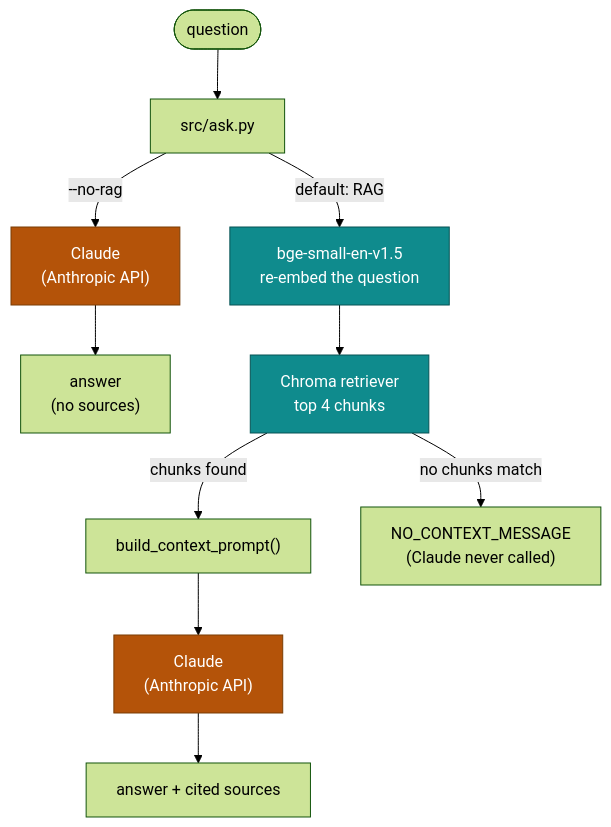
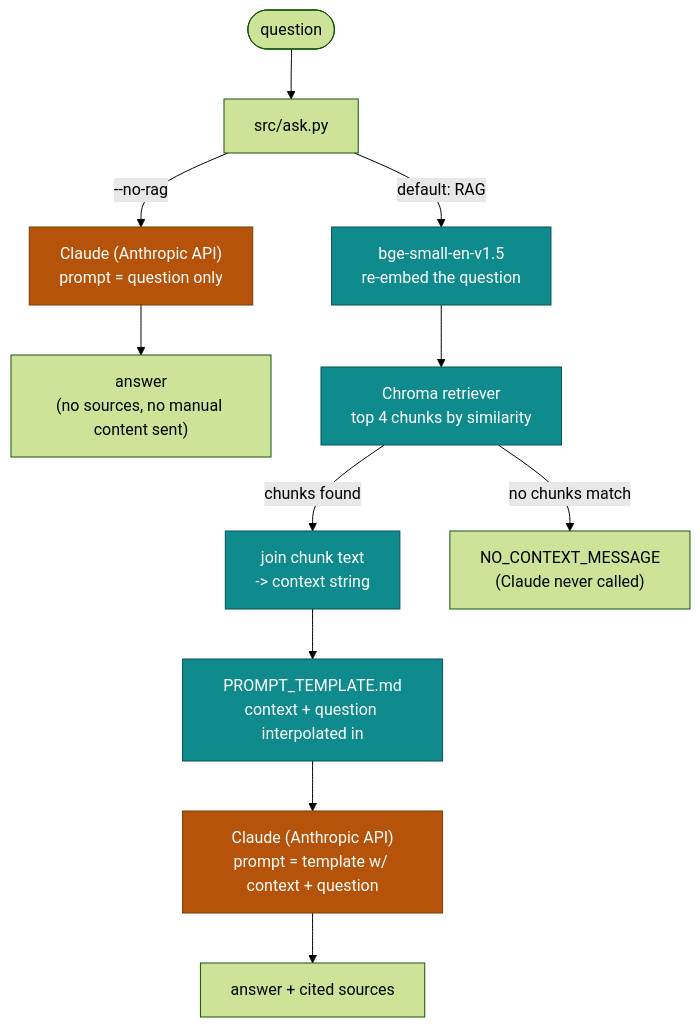
One commit to gorz-0815/rag-tfm changed the second of 2 diagrams in docs/architecture.md. Above: the diagram before and after it, drawn with Mermaid (forest theme). The commit also changed other lines of this file and 4 other files, not shown here.

First line of the commit message:
Address PR #7 review comments: prompt to root-level md, arch doc detail, drop sample-manual test module

````diff
--- a/docs/architecture.md
+++ b/docs/architecture.md
@@ -37,19 +40,22 @@
 ```mermaid
 flowchart TD
     Q(["question"]) --> CLI["src/ask.py"]
 
-    CLI -->|"--no-rag"| NR["Claude\n(Anthropic API)"]
-    NR --> A1["answer\n(no sources)"]
+    CLI -->|"--no-rag"| NR["Claude (Anthropic API)\nprompt = question only"]
+    NR --> A1["answer\n(no sources, no manual content sent)"]
 
     CLI -->|"default: RAG"| EMB["bge-small-en-v1.5\nre-embed the question"]
-    EMB --> RET["Chroma retriever\ntop 4 chunks"]
-    RET -->|chunks found| CTX["build_context_prompt()"]
+    EMB --> RET["Chroma retriever\ntop 4 chunks by similarity"]
+    RET -->|chunks found| JOIN["join chunk text\n-> context string"]
+    JOIN --> CTX["PROMPT_TEMPLATE.md\ncontext + question interpolated in"]
     RET -->|"no chunks match"| NOCTX["NO_CONTEXT_MESSAGE\n(Claude never called)"]
-    CTX --> LLM["Claude\n(Anthropic API)"]
+    CTX --> LLM["Claude (Anthropic API)\nprompt = template w/ context + question"]
     LLM --> A2["answer + cited sources"]
 
     style EMB fill:#0f8b8d,stroke:#075355,color:#ffffff
     style RET fill:#0f8b8d,stroke:#075355,color:#ffffff
+    style JOIN fill:#0f8b8d,stroke:#075355,color:#ffffff
+    style CTX fill:#0f8b8d,stroke:#075355,color:#ffffff
     style NR fill:#b45309,stroke:#7a3d05,color:#ffffff
     style LLM fill:#b45309,stroke:#7a3d05,color:#ffffff
 ```
````
